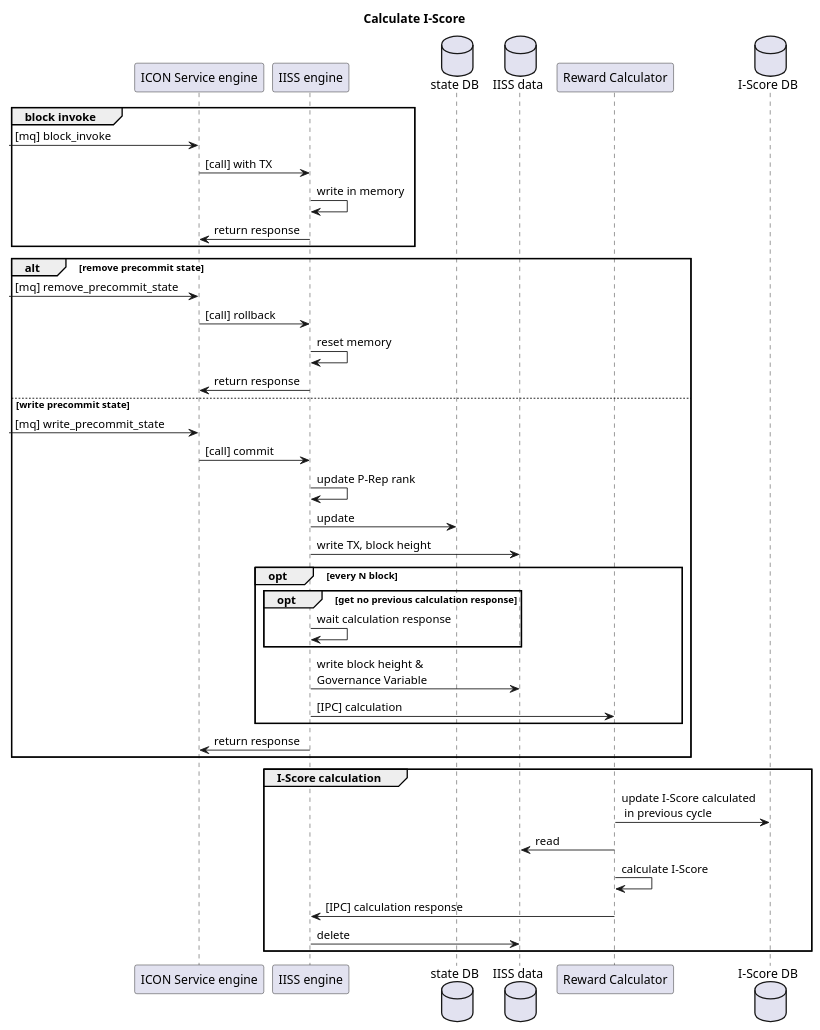
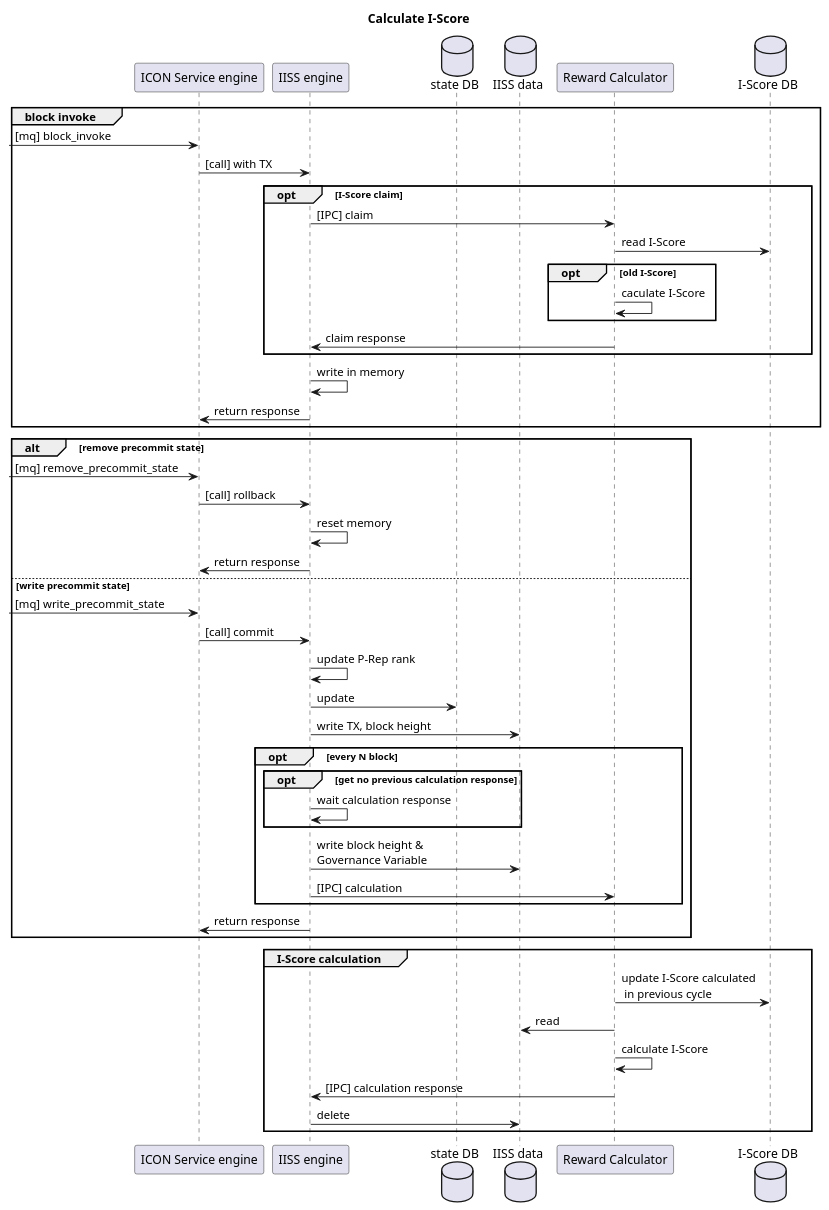
The diagram in docs/plantuml/iiss/iiss_calculation.wsd (ajguerra101/icon-service), drawn with PlantUML before and after one commit. The commit also changed 1 other file, not shown here.

Commit message:
Query : Do not caculate I-Score of account. Read only Claim : Do not write to I-Score DB. Add claim TX to IISS data and update I-Score DB with calculation

```diff
--- a/docs/plantuml/iiss/iiss_calculation.wsd
+++ b/docs/plantuml/iiss/iiss_calculation.wsd
@@ -1,56 +1,64 @@
 @startuml
 title Calculate I-Score
 
 participant "ICON Service engine" as IS
 participant "IISS engine" as IISS
 database "state DB" as SDB
 database "IISS data" as ID
 participant "Reward Calculator" as RC
 database "I-Score DB" as ISDB
 
 group block invoke
 -> IS: [mq] block_invoke
 IS -> IISS: [call] with TX
+opt I-Score claim
+IISS -> RC: [IPC] claim
+RC -> ISDB: read I-Score
+opt old I-Score
+RC -> RC: caculate I-Score
+end
+RC -> IISS: claim response
+end
 IISS -> IISS: write in memory
 IISS -> IS: return response
 end
 
 alt remove precommit state
 
 -> IS: [mq] remove_precommit_state
 IS -> IISS: [call] rollback
 IISS -> IISS: reset memory
 IISS -> IS: return response
 
 else write precommit state
 
 -> IS: [mq] write_precommit_state
 IS -> IISS: [call] commit
 IISS -> IISS: update P-Rep rank
 IISS -> SDB: update
 IISS -> ID: write TX, block height
 
 opt every N block
 opt get no previous calculation response
 IISS -> IISS: wait calculation response
 end
 
 IISS -> ID: write block height &\nGovernance Variable
 IISS -> RC: [IPC] calculation
 end alt every N block
 
 IISS -> IS: return response
 
 end group write precommit
 
 group I-Score calculation
 
 RC -> ISDB: update I-Score calculated\n in previous cycle
 RC -> ID: read
 RC -> RC: calculate I-Score
 RC -> IISS: [IPC] calculation response
 IISS -> ID: delete
 
 end group
 
 @enduml
```
